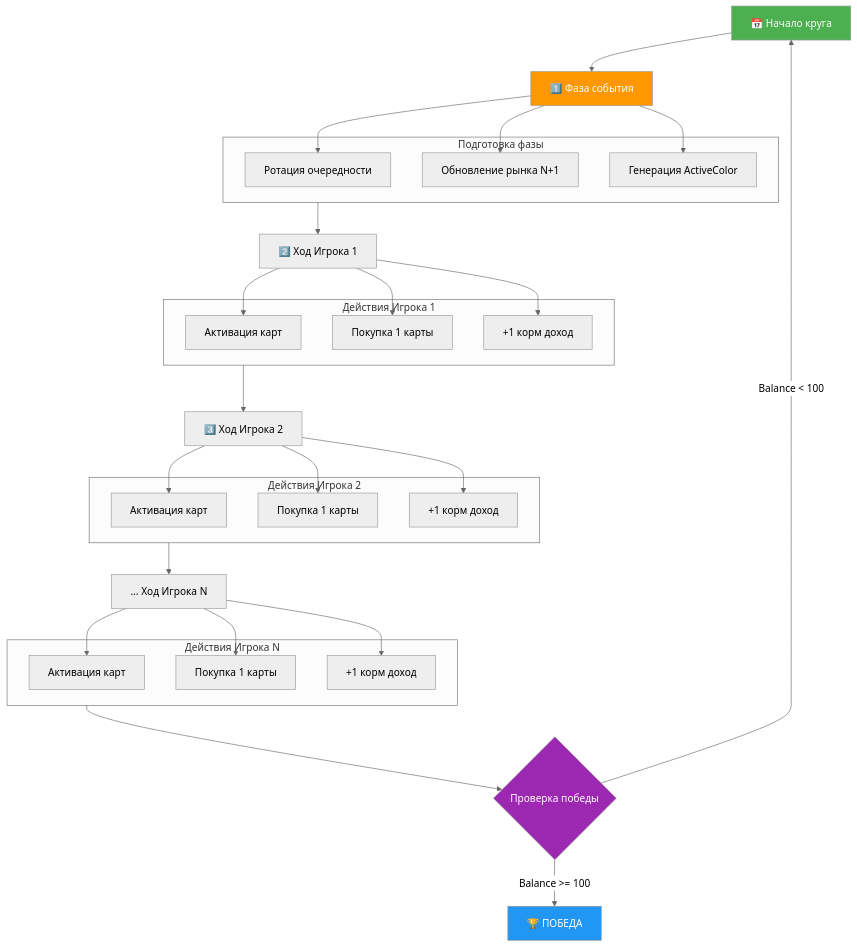
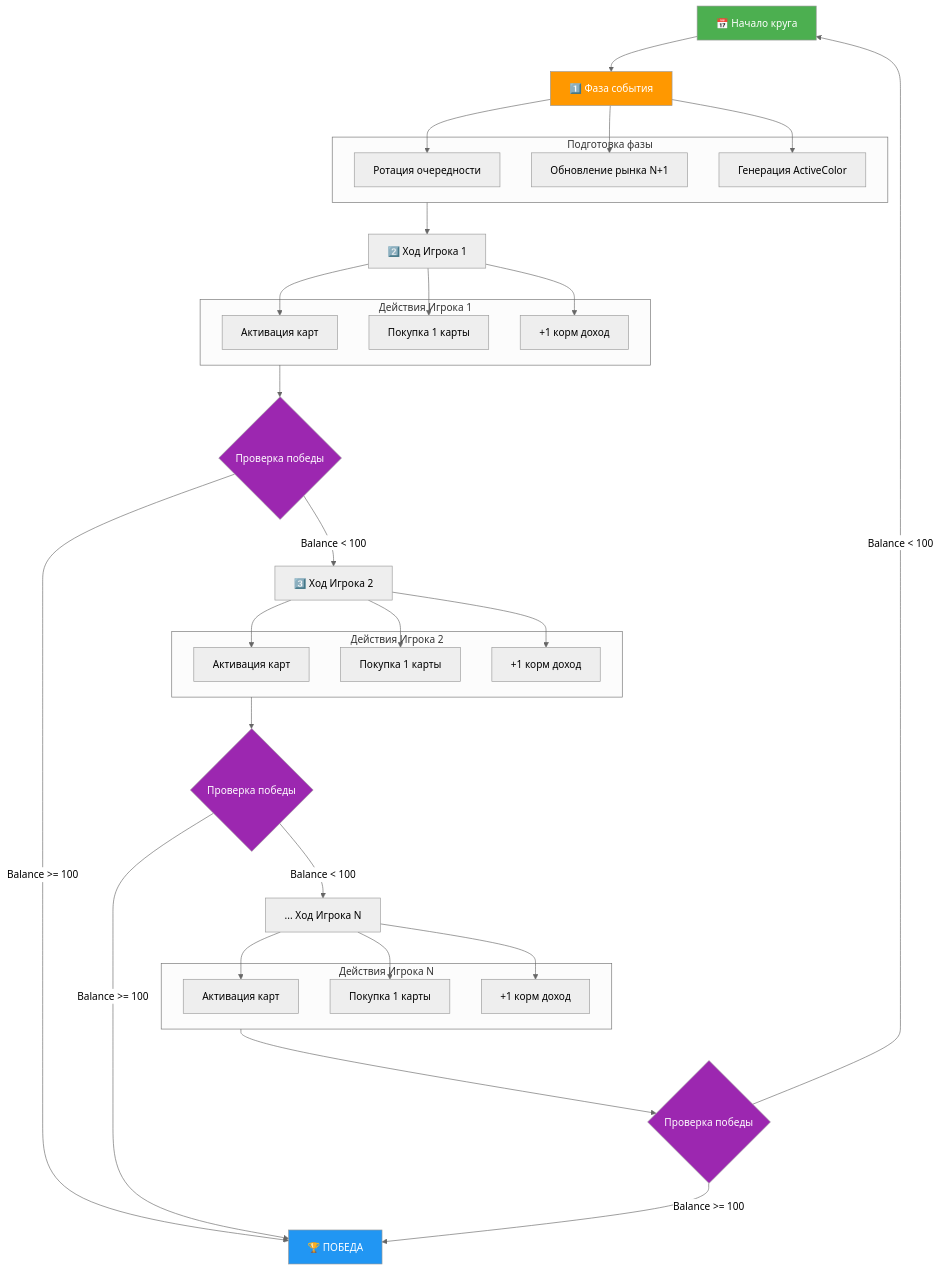
Before and after one commit to RelaxerR/TinyCityCardGame_online: the diagram in readme.md, drawn with Mermaid (neutral theme). The commit also changed other lines of this file, not shown here.

````diff
--- a/readme.md
+++ b/readme.md
@@ -123,48 +123,56 @@
 ```mermaid
 flowchart TD
 Start[📅 Начало круга] --> Phase1[1️⃣ Фаза события]
 
     subgraph EventPhase [Подготовка фазы]
         P1a[Ротация очередности]
         P1b[Обновление рынка N+1]
         P1c[Генерация ActiveColor]
     end
 
     Phase1 --> P1a & P1b & P1c
     EventPhase --> Player1[2️⃣ Ход Игрока 1]
     
     subgraph Actions1 [Действия Игрока 1]
         Act1[Активация карт]
         Buy1[Покупка 1 карты]
         Inc1[+1 корм доход]
     end
 
     Player1 --> Act1 & Buy1 & Inc1
-    Actions1 --> Player2[3️⃣ Ход Игрока 2]
+    Actions1 --> Check1{Проверка победы}
+    
+    Check1 -- Balance >= 100 --> Win[🏆 ПОБЕДА]
+    Check1 -- Balance < 100 --> Player2[3️⃣ Ход Игрока 2]
     
     subgraph Actions2 [Действия Игрока 2]
         Act2[Активация карт]
         Buy2[Покупка 1 карты]
         Inc2[+1 корм доход]
     end
 
     Player2 --> Act2 & Buy2 & Inc2
-    Actions2 --> PlayerN[... Ход Игрока N]
+    Actions2 --> Check2{Проверка победы}
+    
+    Check2 -- Balance >= 100 --> Win
+    Check2 -- Balance < 100 --> PlayerN[... Ход Игрока N]
     
     subgraph ActionsN [Действия Игрока N]
         ActN[Активация карт]
         BuyN[Покупка 1 карты]
         IncN[+1 корм доход]
     end
 
     PlayerN --> ActN & BuyN & IncN
-    ActionsN --> Check{Проверка победы}
+    ActionsN --> CheckN{Проверка победы}
     
-    Check -- Balance >= 100 --> Win[🏆 ПОБЕДА]
-    Check -- Balance < 100 --> Start
+    CheckN -- Balance >= 100 --> Win
+    CheckN -- Balance < 100 --> Start
     
     style Start fill:#4CAF50,color:white
     style Win fill:#2196F3,color:white
-    style Check fill:#9C27B0,color:white
+    style Check1 fill:#9C27B0,color:white
+    style Check2 fill:#9C27B0,color:white
+    style CheckN fill:#9C27B0,color:white
     style Phase1 fill:#FF9800,color:white
 ```
````
